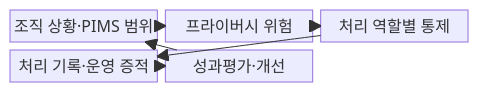
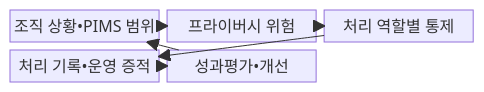
One commit to agnusdei1207/knowledge-base changed the first of 2 diagrams in src/content/docs/notes/05-security/107_iso_27701.md. Above: the diagram before and after it, drawn with Mermaid. The commit also changed other lines of this file and 953 other files, not shown here.

````diff
--- a/src/content/docs/notes/05-security/107_iso_27701.md
+++ b/src/content/docs/notes/05-security/107_iso_27701.md
@@ -63,14 +63,14 @@
 ```mermaid
 block
   columns 3
-  O["조직 상황·PIMS 범위"]
+  O["조직 상황•PIMS 범위"]
   R["프라이버시 위험"]
   C["처리 역할별 통제"]
-  E["처리 기록·운영 증적"]
-  I["성과평가·개선"]
+  E["처리 기록•운영 증적"]
+  I["성과평가•개선"]
   O --> R
   R --> C
   C --> E
   E --> I
   I --> O
 ```
````
